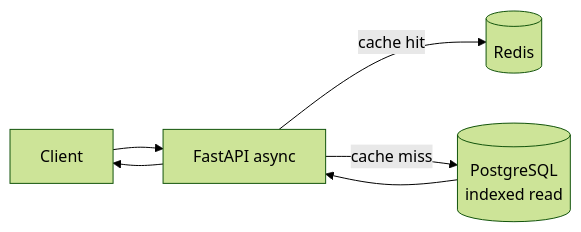
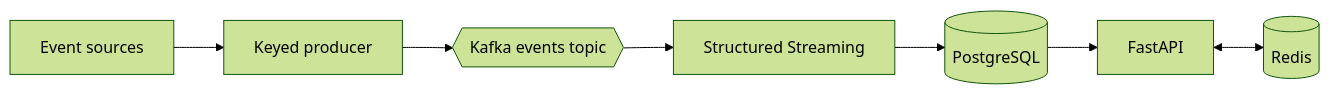
The second of 2 diagrams in docs/architecture.md (iiitbCarbon/InsightsStream-), drawn with Mermaid (forest theme) before and after one commit. The commit also changed other lines of this file and 18 other files, not shown here.

````diff
--- a/docs/architecture.md
+++ b/docs/architecture.md
@@ -39,8 +91,9 @@
 ```mermaid
 flowchart LR
-    Client --> API[FastAPI async]
-    API -->|cache hit| Redis[(Redis)]
-    API -->|cache miss| PG[(PostgreSQL<br/>indexed read)]
-    PG --> API
-    API --> Client
+    A[Event sources] --> P[Keyed producer]
+    P --> K{{Kafka events topic}}
+    K --> S[Structured Streaming]
+    S --> DB[(PostgreSQL)]
+    DB --> API[FastAPI]
+    API <--> REDIS[(Redis)]
 ```
````
